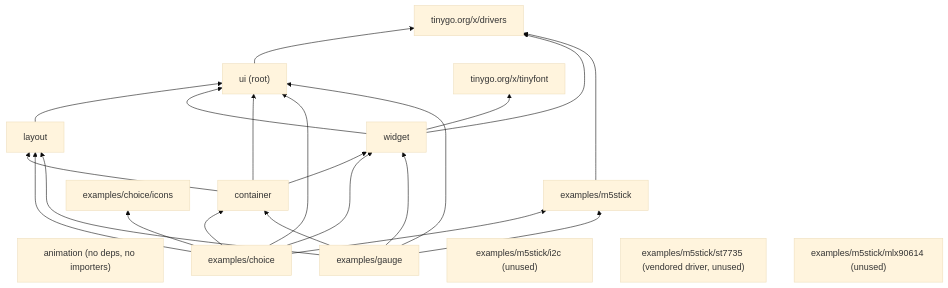
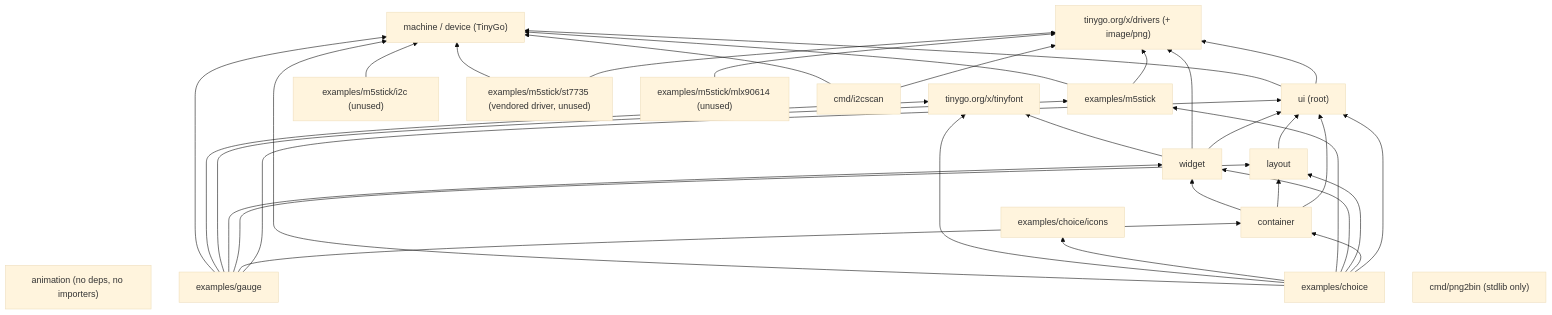
Before and after one commit to itohio/tinygui: the diagram in docs/architecture/topology.md, drawn with Mermaid (base theme). The commit also changed other lines of this file and 21 other files, not shown here.

````diff
--- a/docs/architecture/topology.md
+++ b/docs/architecture/topology.md
@@ -24,20 +24,29 @@
 ```mermaid
 flowchart BT
   ui["ui (root)"]
   layout --> ui
   widget --> ui
   container --> ui
   container --> layout
   container --> widget
   animation["animation (no deps, no importers)"]
   m5stick["examples/m5stick"]
   choice["examples/choice"] --> ui & container & layout & widget & m5stick & icons["examples/choice/icons"]
   gauge["examples/gauge"] --> ui & container & layout & widget & m5stick
   i2c["examples/m5stick/i2c (unused)"]
   st["examples/m5stick/st7735 (vendored driver, unused)"]
   mlx["examples/m5stick/mlx90614 (unused)"]
-  ui --> drivers["tinygo.org/x/drivers"]
+  i2cscan["cmd/i2cscan"]
+  png2bin["cmd/png2bin (stdlib only)"]
+  ui --> drivers["tinygo.org/x/drivers (+ image/png)"]
+  ui --> machine["machine / device (TinyGo)"]
   widget --> drivers
   widget --> tinyfont["tinygo.org/x/tinyfont"]
-  m5stick --> drivers
+  choice --> tinyfont & machine
+  gauge --> tinyfont & machine
+  m5stick --> drivers & machine
+  st --> drivers & machine
+  i2c --> machine
+  mlx --> drivers
+  i2cscan --> drivers & machine
 ```
````
